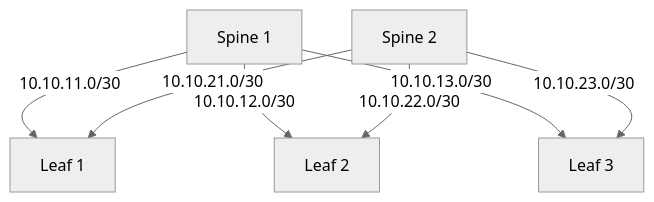
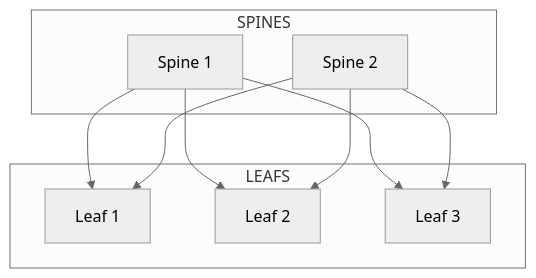
Before and after one commit to bersenevns/home_work_otus: the diagram in README.md, drawn with Mermaid (neutral theme). The commit also changed other lines of this file, not shown here.

````diff
--- a/README.md
+++ b/README.md
@@ -49,18 +51,25 @@
 ```mermaid
-graph TD
+graph TB
 
+%% Spine layer
+subgraph SPINES
 S1[Spine 1]
 S2[Spine 2]
+end
 
+%% Leaf layer
+subgraph LEAFS
 L1[Leaf 1]
 L2[Leaf 2]
 L3[Leaf 3]
+end
 
-S1 -- 10.10.11.0/30 --> L1
-S1 -- 10.10.12.0/30 --> L2
-S1 -- 10.10.13.0/30 --> L3
+%% Connections (без подписей, чтобы не было каши)
+S1 --> L1
+S1 --> L2
+S1 --> L3
 
-S2 -- 10.10.21.0/30 --> L1
-S2 -- 10.10.22.0/30 --> L2
-S2 -- 10.10.23.0/30 --> L3
+S2 --> L1
+S2 --> L2
+S2 --> L3
 ```
````
